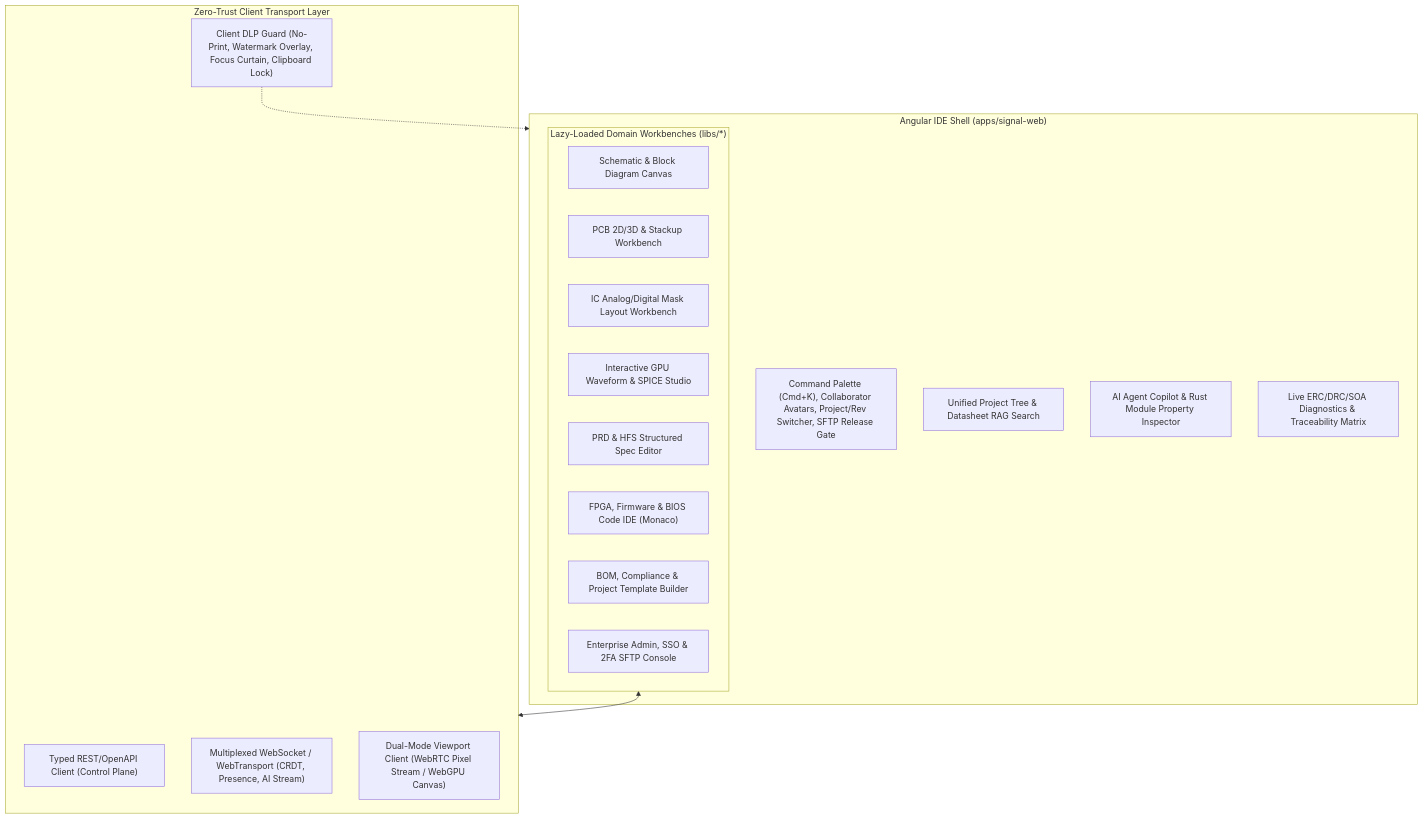
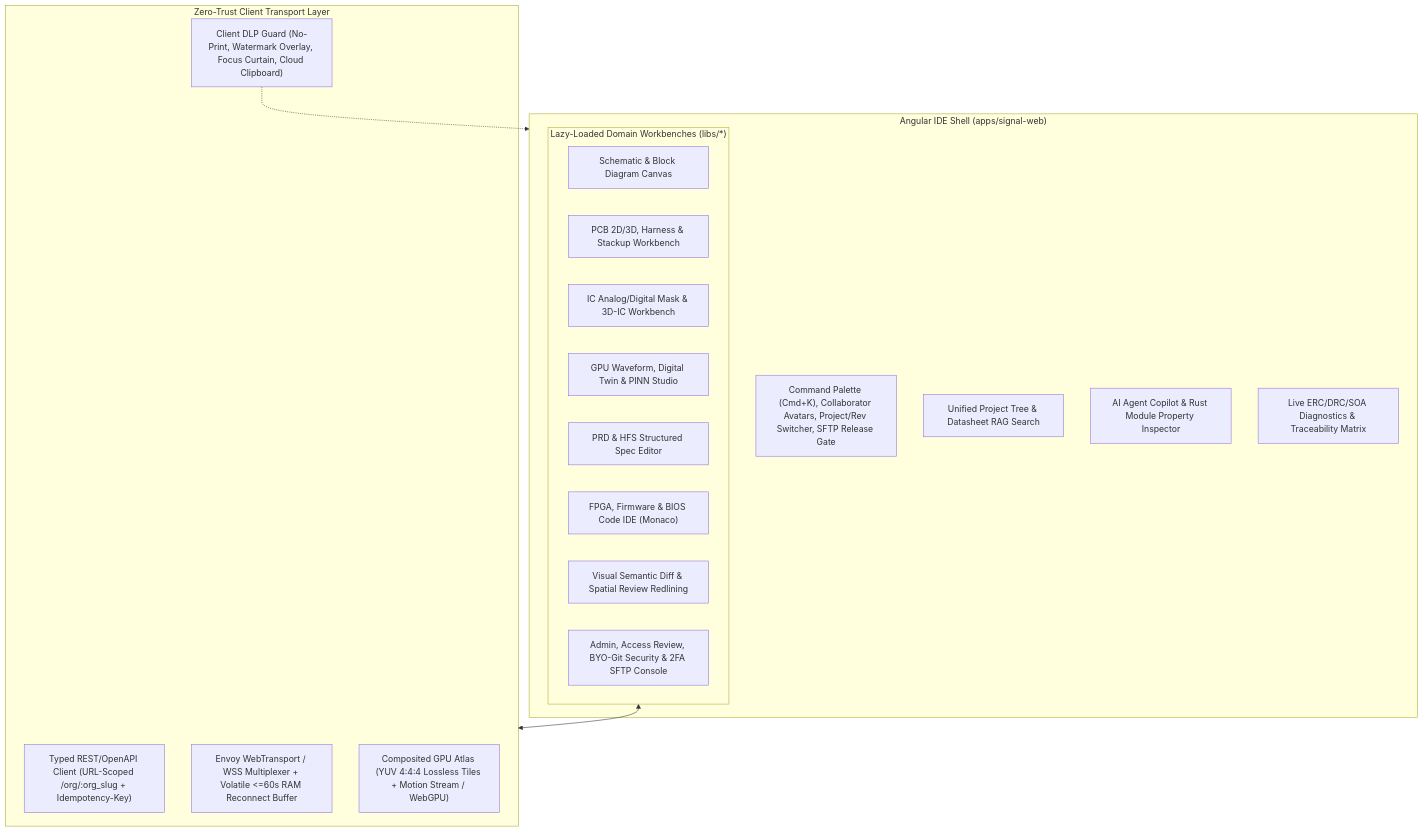
One commit to the-code-master/signal changed the diagram in architecture/06-frontend-angular-and-nodejs-bff.md. Above: the diagram before and after it, drawn with Mermaid. The commit also changed other lines of this file and 22 other files, not shown here.

Commit message:
docs: resolve 112 architectural flaws, add 12 futuristic AI-EDA innovations, and complete 2-pass scrub

````diff
--- a/architecture/06-frontend-angular-and-nodejs-bff.md
+++ b/architecture/06-frontend-angular-and-nodejs-bff.md
@@ -20,30 +20,30 @@
 ```mermaid
 flowchart TB
     subgraph Shell["Angular IDE Shell (apps/signal-web)"]
         TopBar["Command Palette (Cmd+K), Collaborator Avatars, Project/Rev Switcher, SFTP Release Gate"]
         Left["Unified Project Tree & Datasheet RAG Search"]
         Right["AI Agent Copilot & Rust Module Property Inspector"]
         Bottom["Live ERC/DRC/SOA Diagnostics & Traceability Matrix"]
 
         subgraph Workbenches["Lazy-Loaded Domain Workbenches (libs/*)"]
             W1["Schematic & Block Diagram Canvas"]
-            W2["PCB 2D/3D & Stackup Workbench"]
-            W3["IC Analog/Digital Mask Layout Workbench"]
-            W4["Interactive GPU Waveform & SPICE Studio"]
+            W2["PCB 2D/3D, Harness & Stackup Workbench"]
+            W3["IC Analog/Digital Mask & 3D-IC Workbench"]
+            W4["GPU Waveform, Digital Twin & PINN Studio"]
             W5["PRD & HFS Structured Spec Editor"]
             W6["FPGA, Firmware & BIOS Code IDE (Monaco)"]
-            W7["BOM, Compliance & Project Template Builder"]
-            W8["Enterprise Admin, SSO & 2FA SFTP Console"]
+            W7["Visual Semantic Diff & Spatial Review Redlining"]
+            W8["Admin, Access Review, BYO-Git Security & 2FA SFTP Console"]
         end
     end
 
     subgraph Transport["Zero-Trust Client Transport Layer"]
-        REST["Typed REST/OpenAPI Client (Control Plane)"]
-        WSS["Multiplexed WebSocket / WebTransport (CRDT, Presence, AI Stream)"]
-        Viewport["Dual-Mode Viewport Client (WebRTC Pixel Stream / WebGPU Canvas)"]
-        DLP["Client DLP Guard (No-Print, Watermark Overlay, Focus Curtain, Clipboard Lock)"]
+        REST["Typed REST/OpenAPI Client (URL-Scoped /org/:org_slug + Idempotency-Key)"]
+        WSS["Envoy WebTransport / WSS Multiplexer + Volatile <=60s RAM Reconnect Buffer"]
+        Viewport["Composited GPU Atlas (YUV 4:4:4 Lossless Tiles + Motion Stream / WebGPU)"]
+        DLP["Client DLP Guard (No-Print, Watermark Overlay, Focus Curtain, Cloud Clipboard)"]
     end
 
     Workbenches <--> Transport
     DLP -.-> Shell
 ```
````
